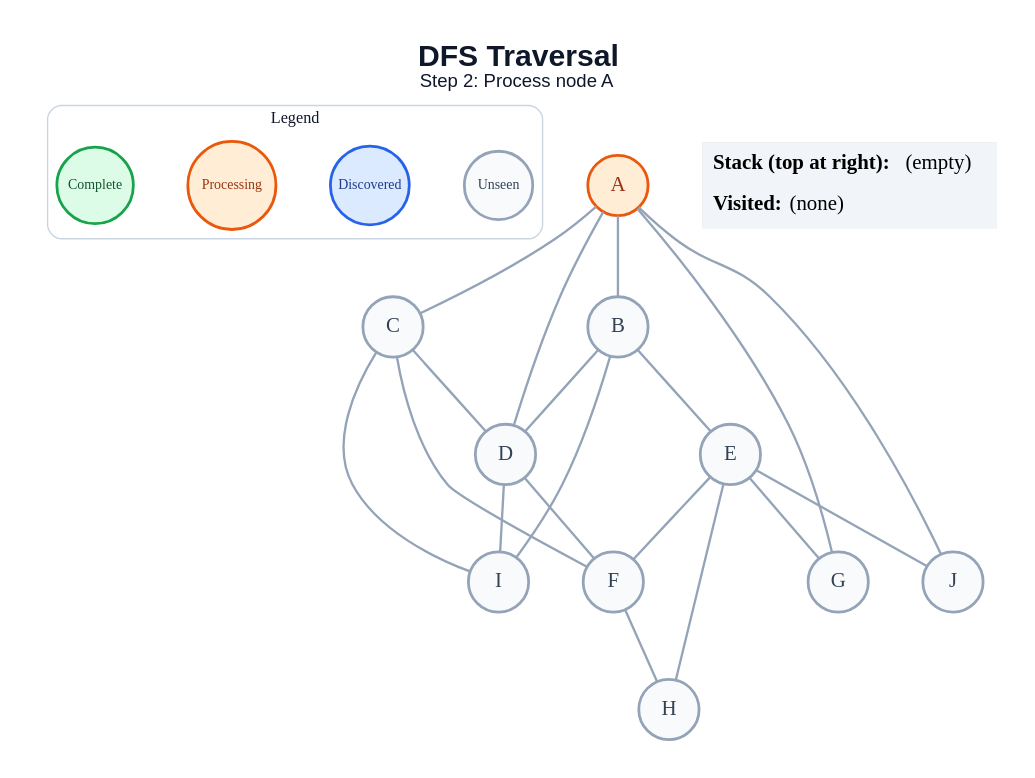
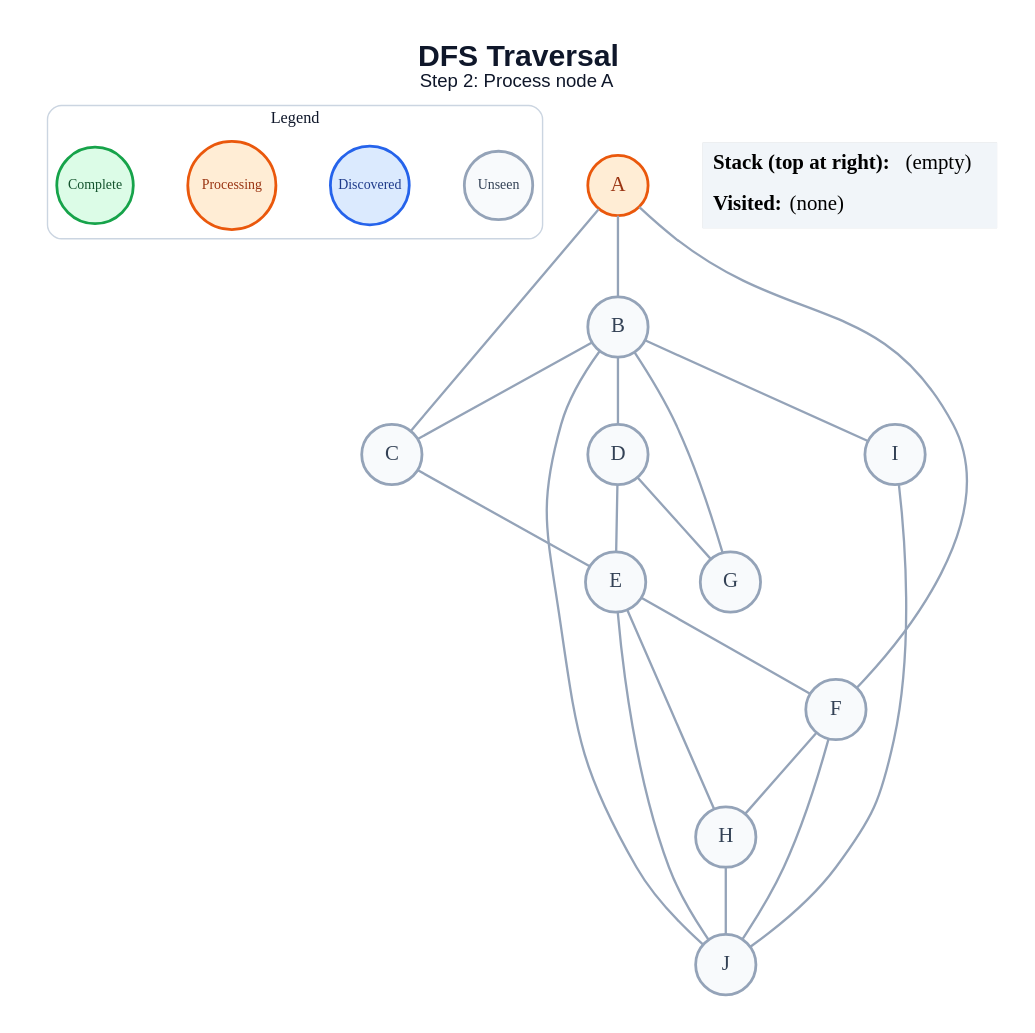
The diagram in generated/dfs/step_02.dot (amanghodawala9/ai-slop), drawn with Graphviz before and after one commit. The commit also changed 178 other files, not shown here.

```diff
--- a/generated/dfs/step_02.dot
+++ b/generated/dfs/step_02.dot
@@ -1,47 +1,47 @@
 graph traversal {
   graph [layout=dot, rankdir=TB, bgcolor="#FFFFFF", pad="0.35", nodesep="0.65", ranksep="0.8", fontname="Arial"];
   node [shape=circle, style="filled", fontname="Arial Bold", fontsize=18, width=0.72, fixedsize=true, penwidth=2.4];
   edge [color="#94A3B8", penwidth=2.0];
   label=<<B>DFS Traversal</B><BR/><FONT POINT-SIZE="16">Step 2: Process node A</FONT>>; labelloc="t"; fontsize=26; fontname="Arial"; fontcolor="#0F172A";
   subgraph cluster_legend { label="Legend"; color="#CBD5E1"; penwidth=1.2; style="rounded"; fontsize=14; fontname="Arial Bold";
     key_unseen [label="Unseen", fillcolor="#F8FAFC", color="#94A3B8", fontcolor="#334155", fontsize=12, width=0.82];
     key_frontier [label="Discovered", fillcolor="#DBEAFE", color="#2563EB", fontcolor="#1E3A8A", fontsize=12, width=0.95];
     key_current [label="Processing", fillcolor="#FFEDD5", color="#EA580C", fontcolor="#9A3412", fontsize=12, width=1.05];
     key_done [label="Complete", fillcolor="#DCFCE7", color="#16A34A", fontcolor="#14532D", fontsize=12, width=0.92];
     { rank=same; key_unseen; key_frontier; key_current; key_done; }
   }
   A [fillcolor="#FFEDD5", color="#EA580C", fontcolor="#9A3412"];
   B [fillcolor="#F8FAFC", color="#94A3B8", fontcolor="#334155"];
   C [fillcolor="#F8FAFC", color="#94A3B8", fontcolor="#334155"];
   D [fillcolor="#F8FAFC", color="#94A3B8", fontcolor="#334155"];
   E [fillcolor="#F8FAFC", color="#94A3B8", fontcolor="#334155"];
   F [fillcolor="#F8FAFC", color="#94A3B8", fontcolor="#334155"];
   G [fillcolor="#F8FAFC", color="#94A3B8", fontcolor="#334155"];
   H [fillcolor="#F8FAFC", color="#94A3B8", fontcolor="#334155"];
   I [fillcolor="#F8FAFC", color="#94A3B8", fontcolor="#334155"];
   J [fillcolor="#F8FAFC", color="#94A3B8", fontcolor="#334155"];
   A -- B;
   A -- C;
-  A -- D;
-  A -- G;
-  A -- J;
+  A -- F;
+  B -- C;
   B -- D;
-  B -- E;
+  B -- G;
   B -- I;
-  C -- D;
-  C -- F;
-  C -- I;
-  D -- F;
-  D -- I;
+  B -- J;
+  C -- E;
+  D -- E;
+  D -- G;
   E -- F;
-  E -- G;
   E -- H;
   E -- J;
   F -- H;
+  F -- J;
+  H -- J;
+  I -- J;
   status [shape=plain, fixedsize=false, width=0, height=0, margin=0, label=<
     <TABLE BORDER="0" CELLBORDER="0" CELLPADDING="7" BGCOLOR="#F1F5F9">
       <TR><TD ALIGN="LEFT"><B>Stack (top at right):</B> (empty)</TD></TR>
       <TR><TD ALIGN="LEFT"><B>Visited:</B> (none)</TD></TR>
     </TABLE>
   >];
 }
```
